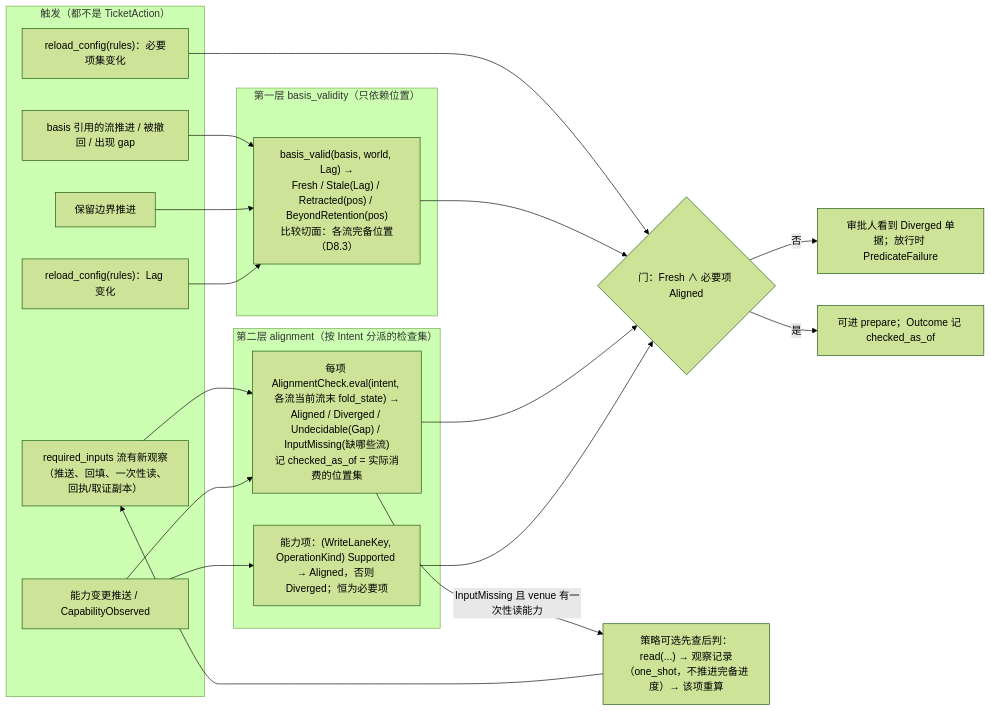
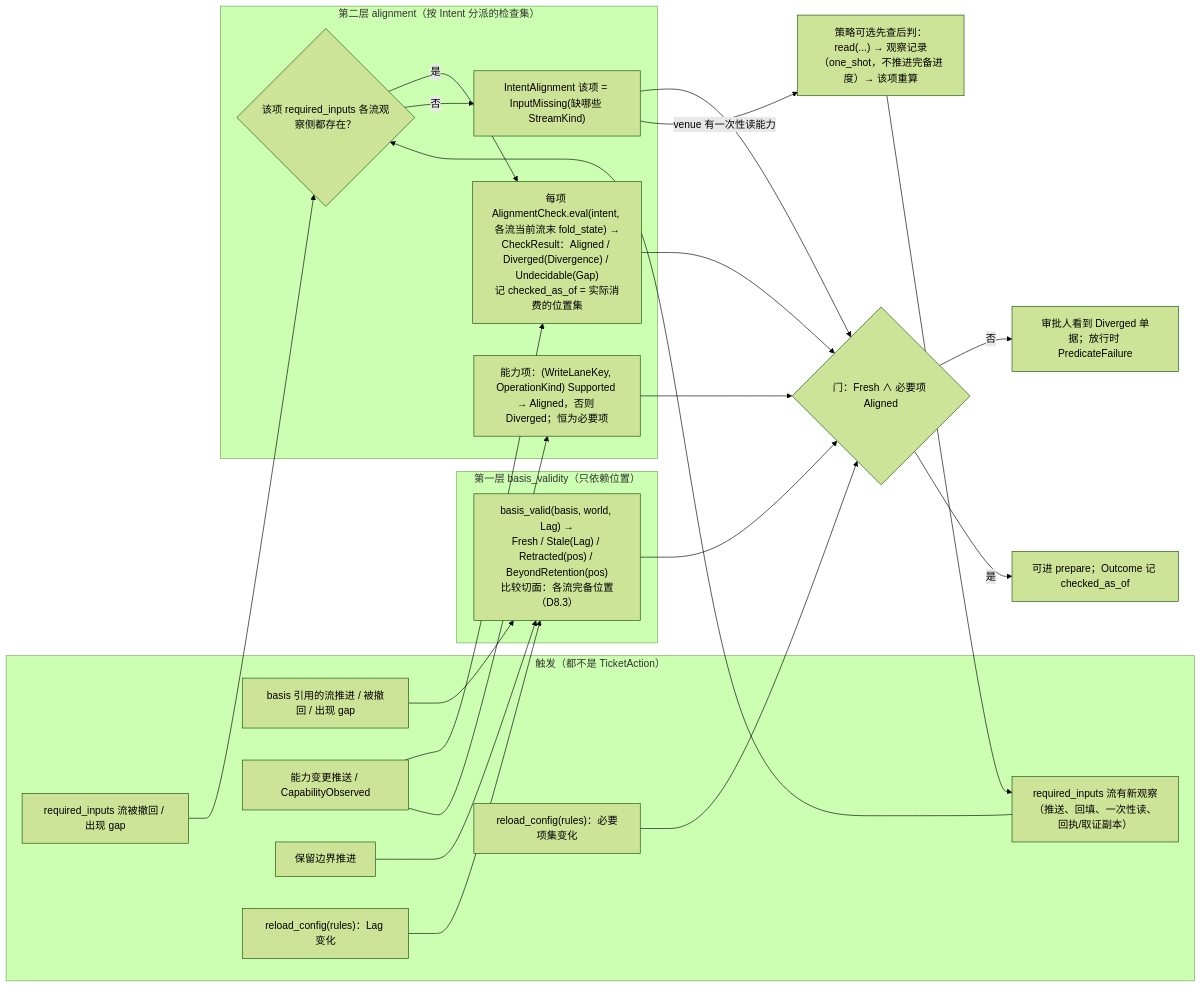
Before and after one commit to mouriya-s-lab/uta: the fifth of 6 diagrams in design/diagrams/05-ticket-and-sts.md, drawn with Mermaid (forest theme). The commit also changed other lines of this file and 10 other files, not shown here.

````diff
--- a/design/diagrams/05-ticket-and-sts.md
+++ b/design/diagrams/05-ticket-and-sts.md
@@ -150,32 +150,39 @@
 ```mermaid
 flowchart LR
   subgraph TRIG["触发（都不是 TicketAction）"]
     T1["basis 引用的流推进 / 被撤回 / 出现 gap"]
+    T1b["required_inputs 流被撤回 / 出现 gap"]
     T2["required_inputs 流有新观察（推送、回填、一次性读、回执/取证副本）"]
     T3["能力变更推送 / CapabilityObserved"]
     T4["保留边界推进"]
     T5a["reload_config(rules)：Lag 变化"]
     T5b["reload_config(rules)：必要项集变化"]
   end
   subgraph L1["第一层 basis_validity（只依赖位置）"]
     V["basis_valid(basis, world, Lag) →<br/>Fresh / Stale(Lag) / Retracted(pos) / BeyondRetention(pos)<br/>比较切面：各流完备位置（D8.3）"]
   end
   subgraph L2["第二层 alignment（按 Intent 分派的检查集）"]
-    CK["每项 AlignmentCheck.eval(intent, 各流当前流末 fold_state) →<br/>Aligned / Diverged / Undecidable(Gap) / InputMissing(缺哪些流)<br/>记 checked_as_of = 实际消费的位置集"]
+    IM{"该项 required_inputs 各流观察侧都存在？"}
+    CK["每项 AlignmentCheck.eval(intent, 各流当前流末 fold_state) →<br/>CheckResult：Aligned / Diverged(Divergence) / Undecidable(Gap)<br/>记 checked_as_of = 实际消费的位置集"]
+    MISS["IntentAlignment 该项 = InputMissing(缺哪些 StreamKind)"]
     CAP["能力项：(WriteLaneKey, OperationKind) Supported → Aligned，否则 Diverged；恒为必要项"]
   end
   T1 --> V
   T4 --> V
   T5a --> V
-  T2 --> CK
+  T1b --> IM
+  T2 --> IM
+  IM -->|"是"| CK
+  IM -->|"否"| MISS
   T3 --> CK
   T3 --> CAP
   T5b --> GATE
   V --> GATE{"门：Fresh ∧ 必要项 Aligned"}
   CK --> GATE
+  MISS --> GATE
   CAP --> GATE
-  CK -->|"InputMissing 且 venue 有一次性读能力"| RD["策略可选先查后判：read(...) → 观察记录（one_shot，不推进完备进度）→ 该项重算"]
+  MISS -->|"venue 有一次性读能力"| RD["策略可选先查后判：read(...) → 观察记录（one_shot，不推进完备进度）→ 该项重算"]
   RD --> T2
   GATE -->|"否"| DIV["审批人看到 Diverged 单据；放行时 PredicateFailure"]
   GATE -->|"是"| OK["可进 prepare；Outcome 记 checked_as_of"]
 ```
````
